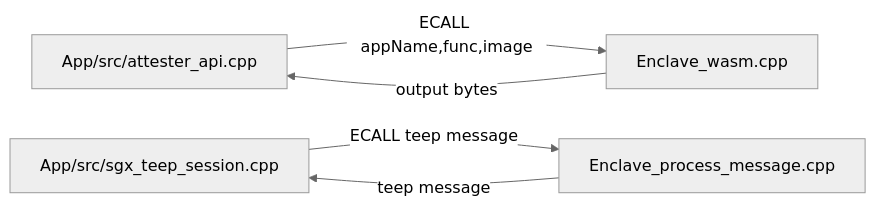
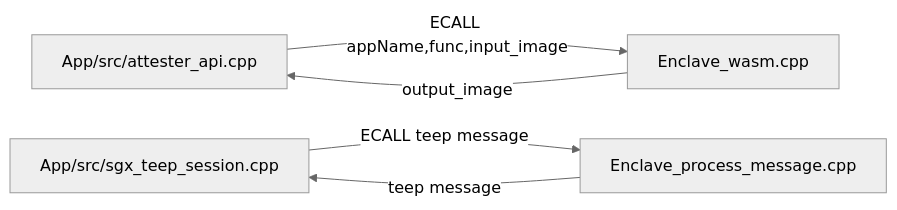
One commit to yuma-nishi/taws changed the third of 3 diagrams in doc/internal-design-dfd-dataflow.md. Above: the diagram before and after it, drawn with Mermaid (neutral theme). The commit also changed other lines of this file and 2 other files, not shown here.

````diff
--- a/doc/internal-design-dfd-dataflow.md
+++ b/doc/internal-design-dfd-dataflow.md
@@ -110,13 +111,13 @@
 ```mermaid
 flowchart LR
   CAPI[App/src/attester_api.cpp]
   Session[App/src/sgx_teep_session.cpp]
   EPM[Enclave_process_message.cpp]
   EWASM[Enclave_wasm.cpp]
 
-  CAPI -->|ECALL appName,func,image| EWASM
-  EWASM -->|output bytes| CAPI
+  CAPI -->|ECALL appName,func,input_image| EWASM
+  EWASM -->|output_image| CAPI
 
   Session -->|ECALL teep message| EPM
   EPM -->| teep message| Session
 ```
````
